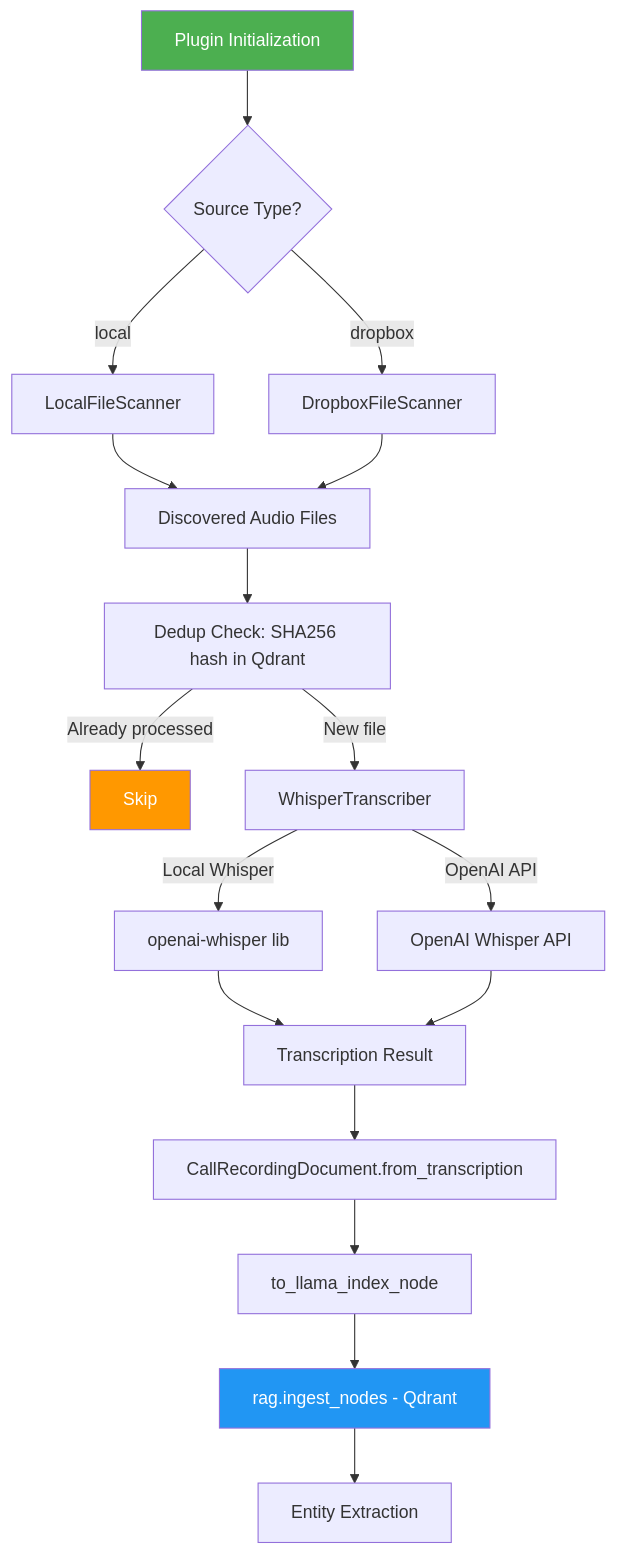
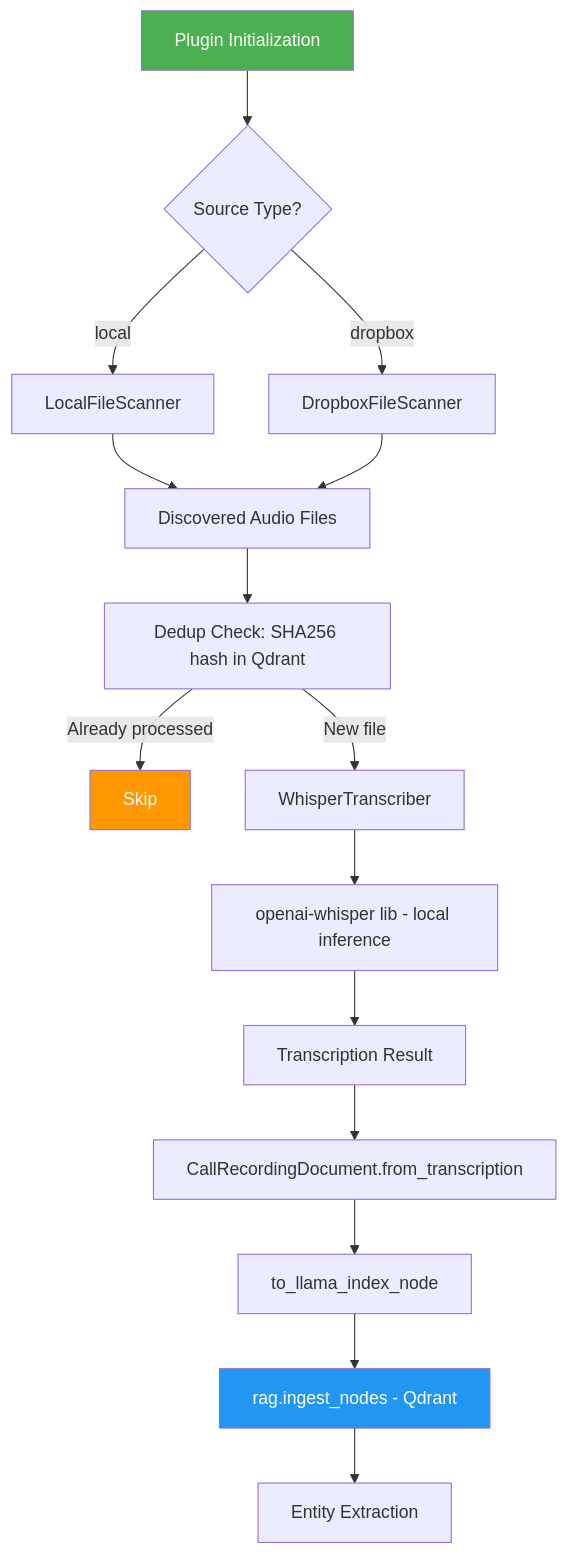
Before and after one commit to pickeld/lucy: the first of 3 diagrams in plans/call-recordings-plugin.md, drawn with Mermaid. The commit also changed other lines of this file and 12 other files, not shown here.

````diff
--- a/plans/call-recordings-plugin.md
+++ b/plans/call-recordings-plugin.md
@@ -9,29 +9,27 @@
 ```mermaid
 flowchart TD
     A[Plugin Initialization] --> B{Source Type?}
     B -->|local| C[LocalFileScanner]
     B -->|dropbox| D[DropboxFileScanner]
     
     C --> E[Discovered Audio Files]
     D --> E
     
     E --> F[Dedup Check: SHA256 hash in Qdrant]
     F -->|Already processed| G[Skip]
     F -->|New file| H[WhisperTranscriber]
     
-    H -->|Local Whisper| I[openai-whisper lib]
-    H -->|OpenAI API| J[OpenAI Whisper API]
+    H --> I[openai-whisper lib - local inference]
     
     I --> K[Transcription Result]
-    J --> K
     
     K --> L[CallRecordingDocument.from_transcription]
     L --> M[to_llama_index_node]
     M --> N[rag.ingest_nodes - Qdrant]
     
     N --> O[Entity Extraction]
     
     style A fill:#4CAF50,color:#fff
     style N fill:#2196F3,color:#fff
     style G fill:#FF9800,color:#fff
 ```
````
